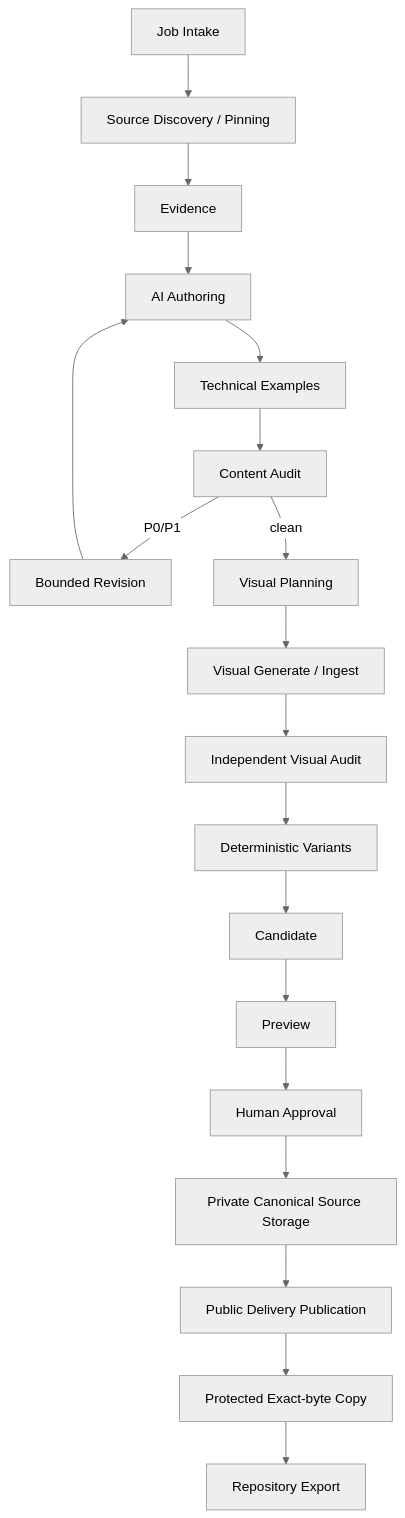
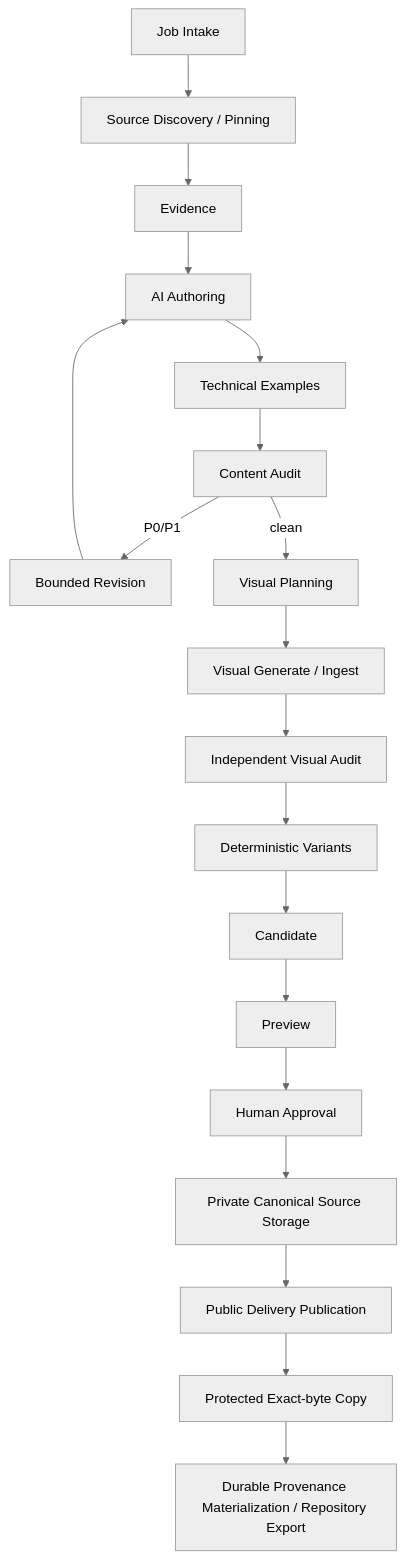
One commit to Xpotato1024/xpotato-site changed the diagram in docs/architecture/article-pipeline.md. Above: the diagram before and after it, drawn with Mermaid (neutral theme). The commit also changed other lines of this file, not shown here.

Commit message:
Align article pipeline with cleanup-safe durable provenance

````diff
--- a/docs/architecture/article-pipeline.md
+++ b/docs/architecture/article-pipeline.md
@@ -19,13 +19,13 @@
 ```mermaid
 flowchart TD
     A[Job Intake] --> B[Source Discovery / Pinning] --> C[Evidence]
     C --> D[AI Authoring] --> E[Technical Examples] --> F[Content Audit]
     F -->|P0/P1| G[Bounded Revision] --> D
     F -->|clean| H[Visual Planning] --> I[Visual Generate / Ingest]
     I --> J[Independent Visual Audit] --> K[Deterministic Variants]
     K --> L[Candidate] --> M[Preview] --> N[Human Approval]
     N --> S[Private Canonical Source Storage]
     S --> O[Public Delivery Publication]
     O --> P[Protected Exact-byte Copy]
-    P --> Q[Repository Export]
+    P --> Q[Durable Provenance Materialization / Repository Export]
 ```
````
